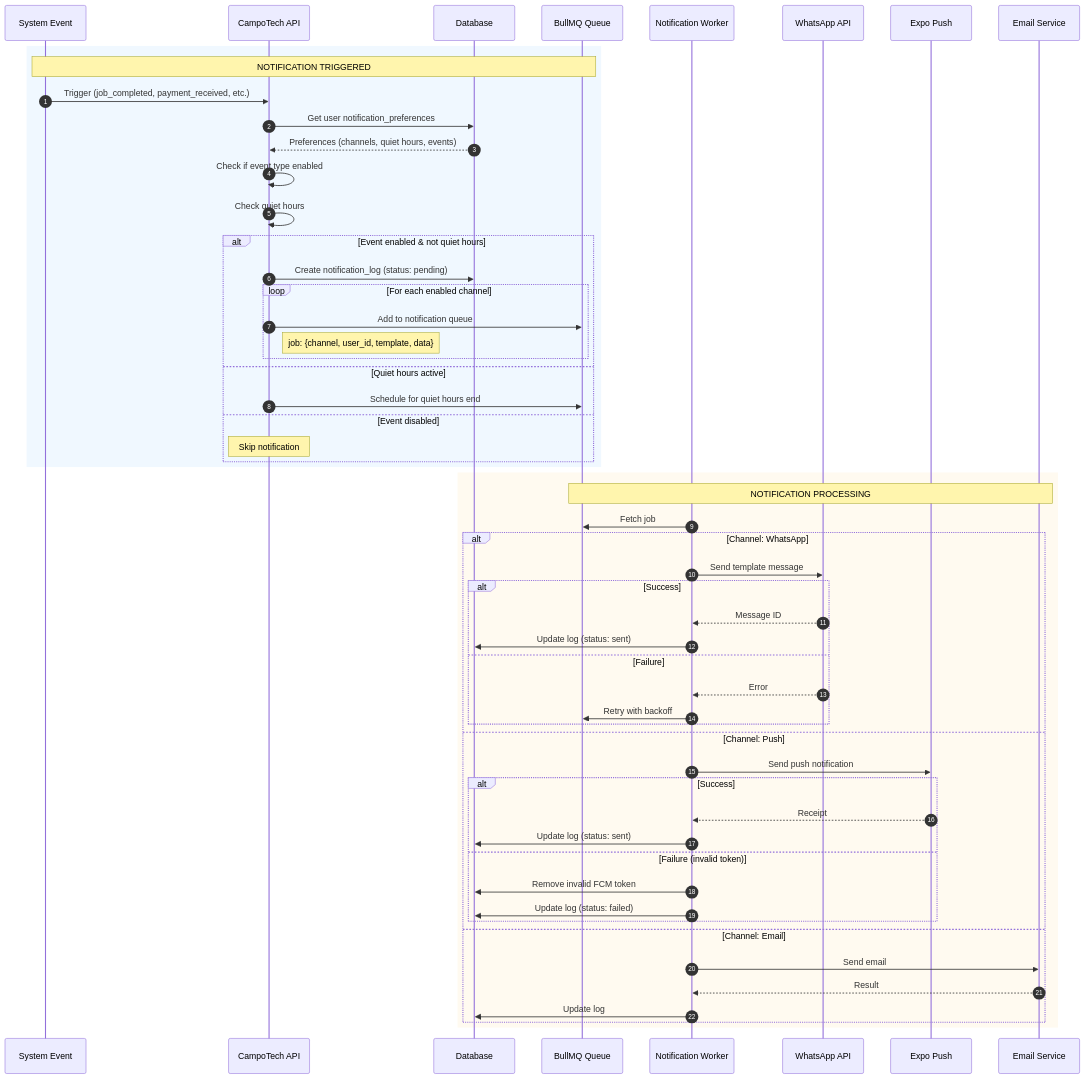
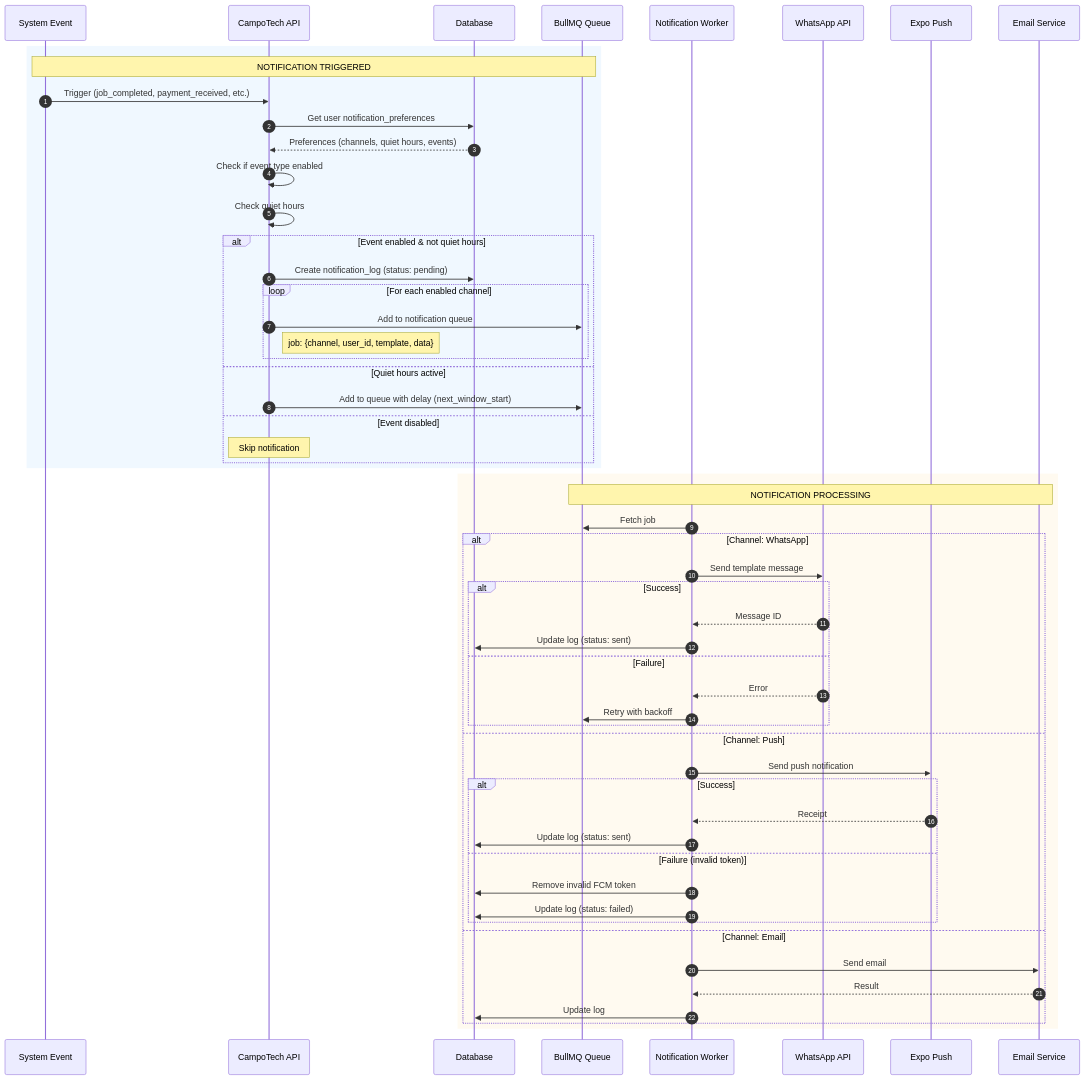
Before and after one commit to leftonspace/CampoTech: diagram 12 of 19 in architecture/campotech-end-to-end-flows.md, drawn with Mermaid. The commit also changed other lines of this file and 38 other files, not shown here.

Commit message:
feat: add comprehensive API routes, services, and architectural documentation for core business entities like jobs, customers, and inventory.

````diff
--- a/architecture/campotech-end-to-end-flows.md
+++ b/architecture/campotech-end-to-end-flows.md
@@ -2184,72 +2287,72 @@
 ```mermaid
 sequenceDiagram
     autonumber
 
     participant Event as System Event
     participant API as CampoTech API
     participant DB as Database
     participant Queue as BullMQ Queue
     participant Worker as Notification Worker
     participant WA as WhatsApp API
     participant Push as Expo Push
     participant Email as Email Service
 
     %% === EVENT TRIGGERED ===
     rect rgb(240, 248, 255)
         Note over Event,Queue: NOTIFICATION TRIGGERED
 
         Event->>API: Trigger (job_completed, payment_received, etc.)
 
         API->>DB: Get user notification_preferences
         DB-->>API: Preferences (channels, quiet hours, events)
 
         API->>API: Check if event type enabled
         API->>API: Check quiet hours
 
         alt Event enabled & not quiet hours
             API->>DB: Create notification_log (status: pending)
 
             loop For each enabled channel
                 API->>Queue: Add to notification queue
                 Note right of API: job: {channel, user_id, template, data}
             end
         else Quiet hours active
-            API->>Queue: Schedule for quiet hours end
+            API->>Queue: Add to queue with delay (next_window_start)
         else Event disabled
             Note over API: Skip notification
         end
     end
 
     %% === PROCESSING ===
     rect rgb(255, 250, 240)
         Note over Queue,Email: NOTIFICATION PROCESSING
 
         Worker->>Queue: Fetch job
 
         alt Channel: WhatsApp
             Worker->>WA: Send template message
             alt Success
                 WA-->>Worker: Message ID
                 Worker->>DB: Update log (status: sent)
             else Failure
                 WA-->>Worker: Error
                 Worker->>Queue: Retry with backoff
             end
 
         else Channel: Push
             Worker->>Push: Send push notification
             alt Success
                 Push-->>Worker: Receipt
                 Worker->>DB: Update log (status: sent)
             else Failure (invalid token)
                 Worker->>DB: Remove invalid FCM token
                 Worker->>DB: Update log (status: failed)
             end
 
         else Channel: Email
             Worker->>Email: Send email
             Email-->>Worker: Result
             Worker->>DB: Update log
         end
     end
 ```
````
